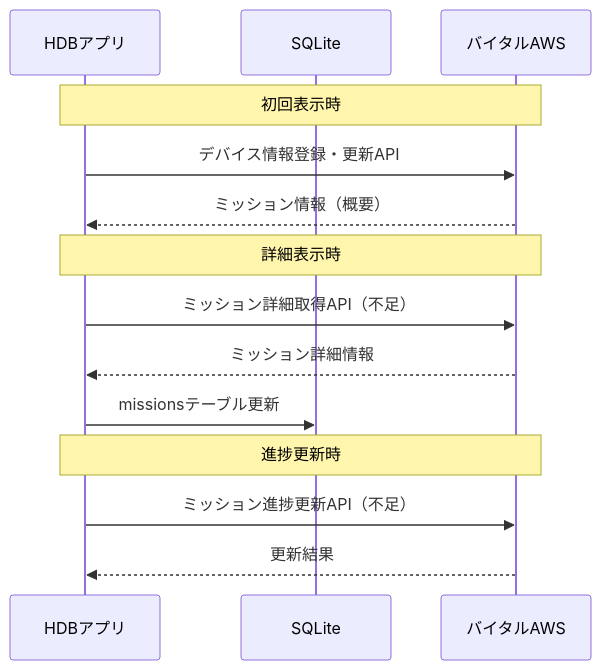
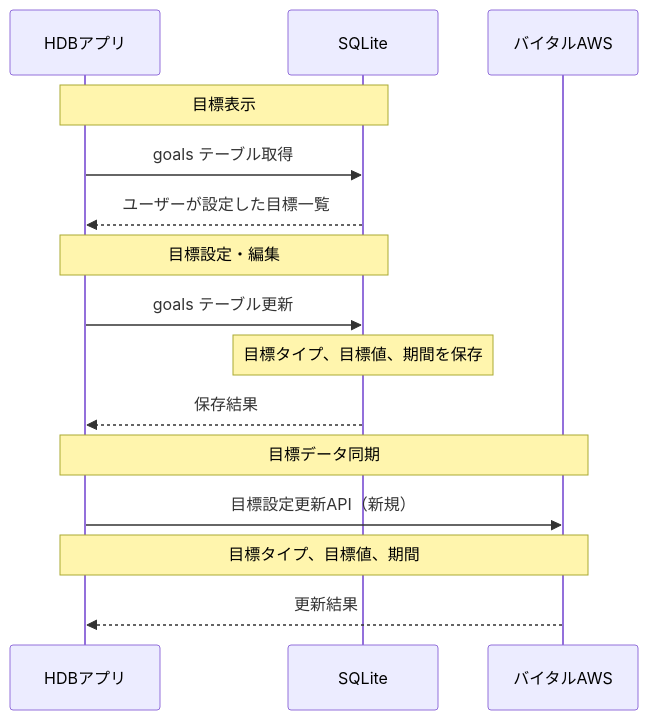
Before and after one commit to sasaibu/hdb: the seventh of 15 diagrams in doc/QA/画面別API通信図.md, drawn with Mermaid. The commit also changed other lines of this file and 1 other file, not shown here.

Commit message:
シーケンス図の修正 PUSH通知に関する資料追加

````diff
--- a/doc/QA/画面別API通信図.md
+++ b/doc/QA/画面別API通信図.md
@@ -159,19 +150,20 @@
 ```mermaid
 sequenceDiagram
     participant App as HDBアプリ
     participant DB as SQLite
     participant AWS as バイタルAWS
     
-    Note over App,AWS: 初回表示時
-    App->>AWS: デバイス情報登録・更新API
-    AWS-->>App: ミッション情報（概要）
+    Note over App,DB: 目標表示
+    App->>DB: goals テーブル取得
+    DB-->>App: ユーザーが設定した目標一覧
     
-    Note over App,AWS: 詳細表示時
-    App->>AWS: ミッション詳細取得API（不足）
-    AWS-->>App: ミッション詳細情報
-    App->>DB: missionsテーブル更新
+    Note over App,DB: 目標設定・編集
+    App->>DB: goals テーブル更新
+    Note over DB: 目標タイプ、目標値、期間を保存
+    DB-->>App: 保存結果
     
-    Note over App,AWS: 進捗更新時
-    App->>AWS: ミッション進捗更新API（不足）
+    Note over App,AWS: 目標データ同期
+    App->>AWS: 目標設定更新API（新規）
+    Note over App,AWS: 目標タイプ、目標値、期間
     AWS-->>App: 更新結果
 ```
````
